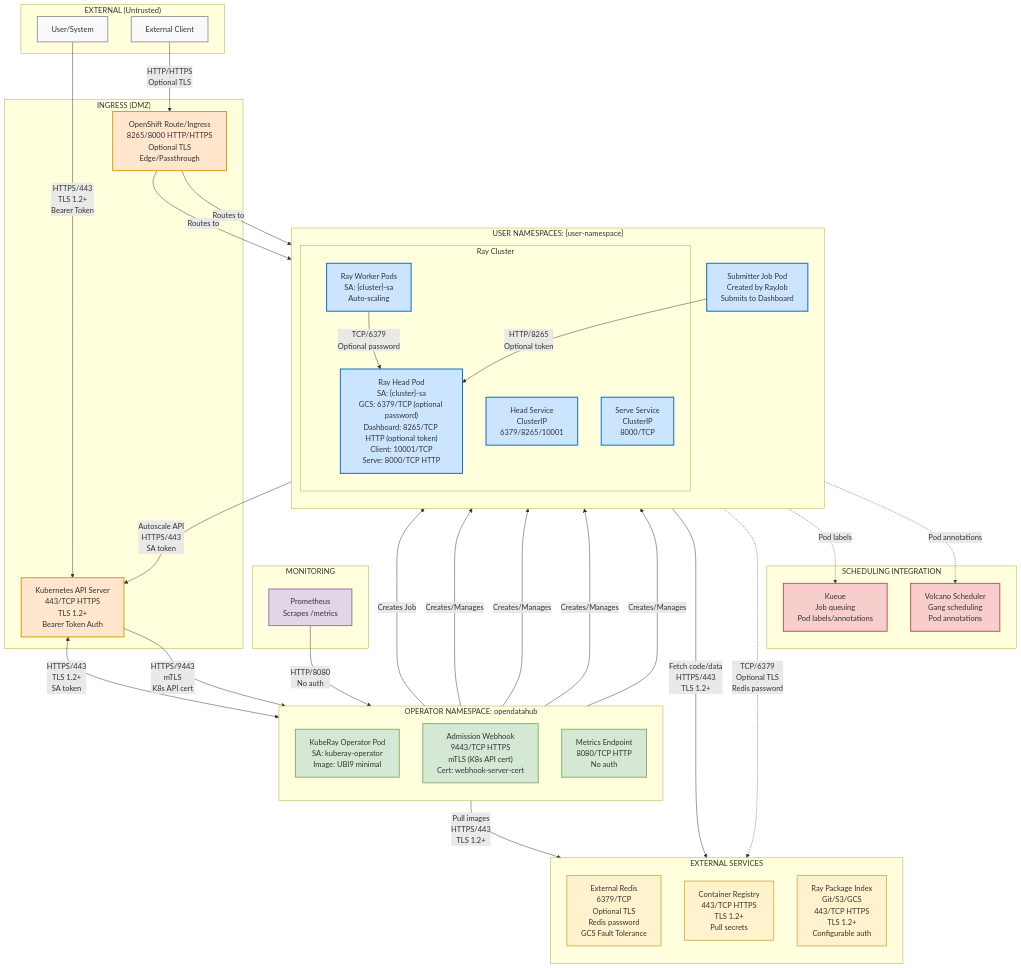
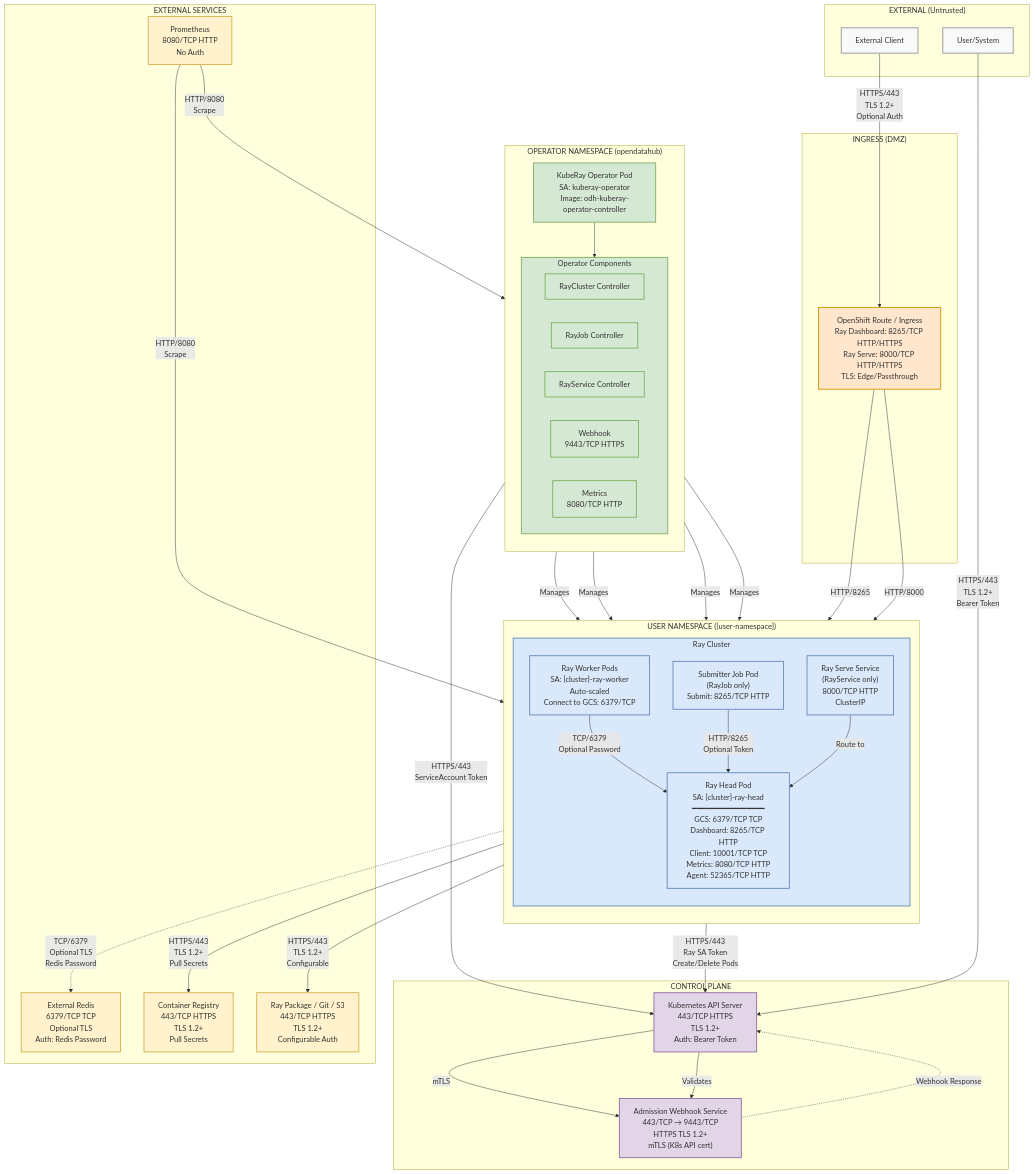
The diagram in architecture/rhoai-2.25.0/diagrams/kuberay-security-network.mmd (rhuss/architecture-context), drawn with Mermaid before and after one commit. The commit also changed 209 other files, not shown here.

```diff
--- a/architecture/rhoai-2.25.0/diagrams/kuberay-security-network.mmd
+++ b/architecture/rhoai-2.25.0/diagrams/kuberay-security-network.mmd
@@ -1,93 +1,101 @@
 graph TB
     subgraph External["EXTERNAL (Untrusted)"]
+        Client[External Client]
         User[User/System]
-        Client[External Client]
     end
 
     subgraph Ingress["INGRESS (DMZ)"]
-        K8sAPI["Kubernetes API Server<br/>443/TCP HTTPS<br/>TLS 1.2+<br/>Bearer Token Auth"]
-        Route["OpenShift Route/Ingress<br/>8265/8000 HTTP/HTTPS<br/>Optional TLS<br/>Edge/Passthrough"]
+        Route["OpenShift Route / Ingress<br/>Ray Dashboard: 8265/TCP HTTP/HTTPS<br/>Ray Serve: 8000/TCP HTTP/HTTPS<br/>TLS: Edge/Passthrough"]
     end
 
-    subgraph OperatorNS["OPERATOR NAMESPACE: opendatahub"]
-        direction TB
-        Operator["KubeRay Operator Pod<br/>SA: kuberay-operator<br/>Image: UBI9 minimal"]
-        Webhook["Admission Webhook<br/>9443/TCP HTTPS<br/>mTLS (K8s API cert)<br/>Cert: webhook-server-cert"]
-        MetricsEndpoint["Metrics Endpoint<br/>8080/TCP HTTP<br/>No auth"]
+    subgraph ControlPlane["CONTROL PLANE"]
+        K8sAPI["Kubernetes API Server<br/>443/TCP HTTPS<br/>TLS 1.2+<br/>Auth: Bearer Token"]
+        WebhookSvc["Admission Webhook Service<br/>443/TCP → 9443/TCP<br/>HTTPS TLS 1.2+<br/>mTLS (K8s API cert)"]
+
+        K8sAPI -->|mTLS| WebhookSvc
     end
 
-    subgraph UserNS["USER NAMESPACES: {user-namespace}"]
+    subgraph OperatorNS["OPERATOR NAMESPACE (opendatahub)"]
+        direction TB
+
+        Operator["KubeRay Operator Pod<br/>SA: kuberay-operator<br/>Image: odh-kuberay-operator-controller"]
+
+        subgraph OpComponents["Operator Components"]
+            RayClusterCtrl[RayCluster Controller]
+            RayJobCtrl[RayJob Controller]
+            RayServiceCtrl[RayService Controller]
+            Webhook["Webhook<br/>9443/TCP HTTPS"]
+            Metrics["Metrics<br/>8080/TCP HTTP"]
+        end
+
+        Operator --> OpComponents
+    end
+
+    subgraph UserNS["USER NAMESPACE ({user-namespace})"]
         direction TB
 
         subgraph RayCluster["Ray Cluster"]
-            RayHead["Ray Head Pod<br/>SA: {cluster}-sa<br/>GCS: 6379/TCP (optional password)<br/>Dashboard: 8265/TCP HTTP (optional token)<br/>Client: 10001/TCP<br/>Serve: 8000/TCP HTTP"]
-            RayWorker["Ray Worker Pods<br/>SA: {cluster}-sa<br/>Auto-scaling"]
-            HeadSvc["Head Service<br/>ClusterIP<br/>6379/8265/10001"]
-            ServeSvc["Serve Service<br/>ClusterIP<br/>8000/TCP"]
+            HeadPod["Ray Head Pod<br/>SA: {cluster}-ray-head<br/>━━━━━━━━━━━━━━━━<br/>GCS: 6379/TCP TCP<br/>Dashboard: 8265/TCP HTTP<br/>Client: 10001/TCP TCP<br/>Metrics: 8080/TCP HTTP<br/>Agent: 52365/TCP HTTP"]
+
+            WorkerPods["Ray Worker Pods<br/>SA: {cluster}-ray-worker<br/>Auto-scaled<br/>Connect to GCS: 6379/TCP"]
+
+            JobPod["Submitter Job Pod<br/>(RayJob only)<br/>Submit: 8265/TCP HTTP"]
+
+            ServeSvc["Ray Serve Service<br/>(RayService only)<br/>8000/TCP HTTP<br/>ClusterIP"]
         end
 
-        JobPod["Submitter Job Pod<br/>Created by RayJob<br/>Submits to Dashboard"]
+        WorkerPods -->|TCP/6379<br/>Optional Password| HeadPod
+        JobPod -->|HTTP/8265<br/>Optional Token| HeadPod
+        ServeSvc -->|Route to| HeadPod
     end
 
     subgraph ExternalServices["EXTERNAL SERVICES"]
-        direction TB
-        Redis["External Redis<br/>6379/TCP<br/>Optional TLS<br/>Redis password<br/>GCS Fault Tolerance"]
-        Registry["Container Registry<br/>443/TCP HTTPS<br/>TLS 1.2+<br/>Pull secrets"]
-        Storage["Ray Package Index<br/>Git/S3/GCS<br/>443/TCP HTTPS<br/>TLS 1.2+<br/>Configurable auth"]
+        Redis["External Redis<br/>6379/TCP TCP<br/>Optional TLS<br/>Auth: Redis Password"]
+        Registry["Container Registry<br/>443/TCP HTTPS<br/>TLS 1.2+<br/>Pull Secrets"]
+        Storage["Ray Package / Git / S3<br/>443/TCP HTTPS<br/>TLS 1.2+<br/>Configurable Auth"]
+        Prometheus["Prometheus<br/>8080/TCP HTTP<br/>No Auth"]
     end
 
-    subgraph Monitoring["MONITORING"]
-        Prometheus["Prometheus<br/>Scrapes /metrics"]
-    end
+    %% External to Ingress
+    Client -->|HTTPS/443<br/>TLS 1.2+<br/>Optional Auth| Route
+    User -->|HTTPS/443<br/>TLS 1.2+<br/>Bearer Token| K8sAPI
 
-    subgraph SchedulingIntegration["SCHEDULING INTEGRATION"]
-        Volcano["Volcano Scheduler<br/>Gang scheduling<br/>Pod annotations"]
-        Kueue["Kueue<br/>Job queuing<br/>Pod labels/annotations"]
-    end
+    %% Ingress to Services
+    Route -->|HTTP/8265| HeadPod
+    Route -->|HTTP/8000| ServeSvc
 
-    %% Flows
-    User -->|HTTPS/443<br/>TLS 1.2+<br/>Bearer Token| K8sAPI
-    Client -->|HTTP/HTTPS<br/>Optional TLS| Route
+    %% Control Plane Flows
+    K8sAPI -->|Validates| WebhookSvc
+    WebhookSvc -.->|Webhook Response| K8sAPI
 
-    K8sAPI -->|HTTPS/9443<br/>mTLS<br/>K8s API cert| Webhook
-    K8sAPI <-->|HTTPS/443<br/>TLS 1.2+<br/>SA token| Operator
+    %% Operator Flows
+    Operator -->|HTTPS/443<br/>ServiceAccount Token| K8sAPI
+    Operator -->|Manages| HeadPod
+    Operator -->|Manages| WorkerPods
+    Operator -->|Manages| JobPod
+    Operator -->|Manages| ServeSvc
 
-    Operator -->|Creates/Manages| RayHead
-    Operator -->|Creates/Manages| RayWorker
-    Operator -->|Creates/Manages| HeadSvc
-    Operator -->|Creates/Manages| ServeSvc
-    Operator -->|Creates Job| JobPod
+    %% Ray Head Autoscaler
+    HeadPod -->|HTTPS/443<br/>Ray SA Token<br/>Create/Delete Pods| K8sAPI
 
-    RayWorker -->|TCP/6379<br/>Optional password| RayHead
-    JobPod -->|HTTP/8265<br/>Optional token| RayHead
-
-    Route -->|Routes to| HeadSvc
-    Route -->|Routes to| ServeSvc
-
-    RayHead -.->|TCP/6379<br/>Optional TLS<br/>Redis password| Redis
-    RayHead -->|Autoscale API<br/>HTTPS/443<br/>SA token| K8sAPI
-
-    Operator -->|Pull images<br/>HTTPS/443<br/>TLS 1.2+| Registry
-    RayHead -->|Fetch code/data<br/>HTTPS/443<br/>TLS 1.2+| Storage
-
-    Prometheus -->|HTTP/8080<br/>No auth| MetricsEndpoint
-
-    RayWorker -.->|Pod annotations| Volcano
-    RayWorker -.->|Pod labels| Kueue
+    %% External Dependencies
+    HeadPod -.->|TCP/6379<br/>Optional TLS<br/>Redis Password| Redis
+    HeadPod -->|HTTPS/443<br/>TLS 1.2+<br/>Pull Secrets| Registry
+    HeadPod -->|HTTPS/443<br/>TLS 1.2+<br/>Configurable| Storage
+    Prometheus -->|HTTP/8080<br/>Scrape| Operator
+    Prometheus -->|HTTP/8080<br/>Scrape| HeadPod
 
     %% Styling
     classDef external fill:#f9f9f9,stroke:#999,stroke-width:2px
     classDef ingress fill:#ffe6cc,stroke:#d79b00,stroke-width:2px
-    classDef operatorns fill:#d5e8d4,stroke:#82b366,stroke-width:2px
-    classDef userns fill:#cce5ff,stroke:#0066cc,stroke-width:2px
+    classDef controlplane fill:#e1d5e7,stroke:#9673a6,stroke-width:2px
+    classDef operator fill:#d5e8d4,stroke:#82b366,stroke-width:2px
+    classDef userworkload fill:#dae8fc,stroke:#6c8ebf,stroke-width:2px
     classDef externalservice fill:#fff2cc,stroke:#d6b656,stroke-width:2px
-    classDef monitoring fill:#e1d5e7,stroke:#9673a6,stroke-width:2px
-    classDef scheduling fill:#f8cecc,stroke:#b85450,stroke-width:2px
 
-    class User,Client external
-    class K8sAPI,Route ingress
-    class Operator,Webhook,MetricsEndpoint operatorns
-    class RayHead,RayWorker,HeadSvc,ServeSvc,JobPod userns
-    class Redis,Registry,Storage externalservice
-    class Prometheus monitoring
-    class Volcano,Kueue scheduling
+    class Client,User external
+    class Route ingress
+    class K8sAPI,WebhookSvc controlplane
+    class Operator,OpComponents,RayClusterCtrl,RayJobCtrl,RayServiceCtrl,Webhook,Metrics operator
+    class HeadPod,WorkerPods,JobPod,ServeSvc,RayCluster userworkload
+    class Redis,Registry,Storage,Prometheus externalservice
```
